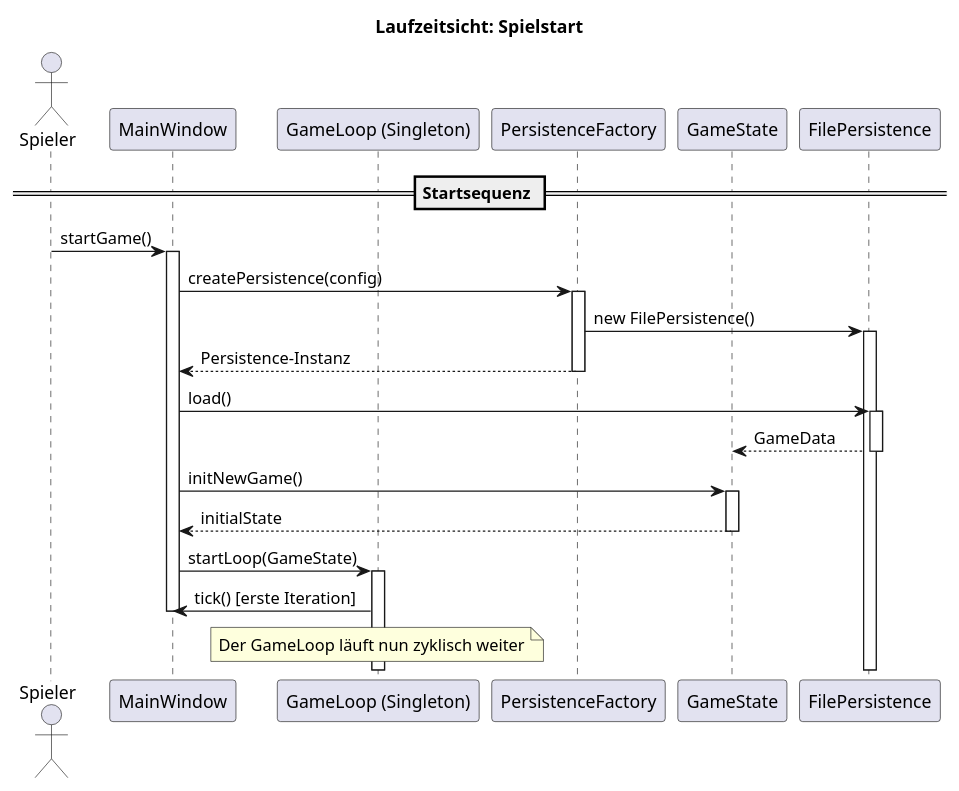
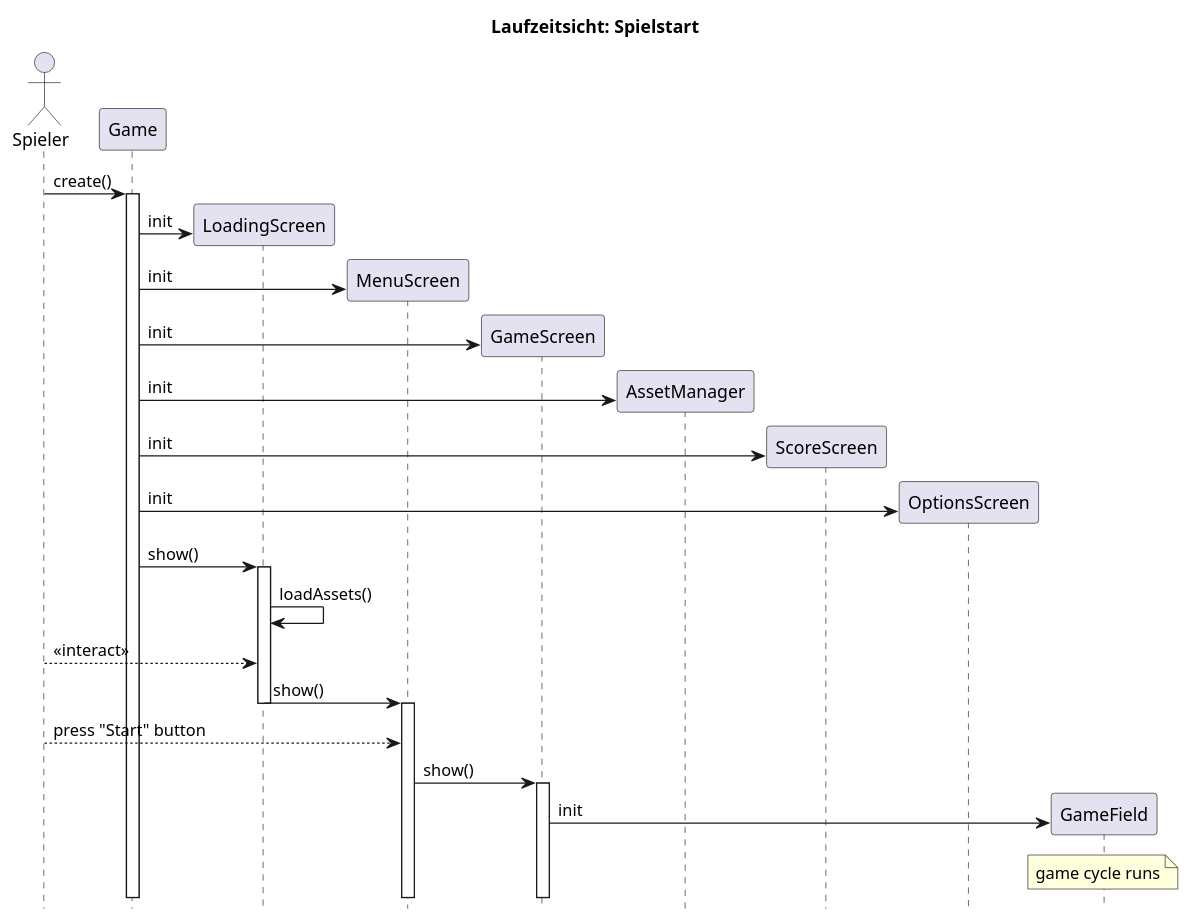
The diagram in docs/uml/Sequenzdiagramm.puml (Noah-Martinez/Tetrix), drawn with PlantUML before and after one commit. The commit also changed other lines of this file and 18 other files, not shown here.

```diff
--- a/docs/uml/Sequenzdiagramm.puml
+++ b/docs/uml/Sequenzdiagramm.puml
@@ -1,37 +1,37 @@
 @startuml
+hide footbox
 title Laufzeitsicht: Spielstart
 
 actor Spieler as Player
-participant "MainWindow" as MW
-participant "GameLoop (Singleton)" as GL
-participant "PersistenceFactory" as PF
-participant "GameState" as GS
-participant "FilePersistence" as FP
+participant Game as G
+participant "LoadingScreen" as LS
+participant "MenuScreen" as MS
+participant "GameScreen" as GS
+participant "AssetManager" as AM
+participant "ScoreScreen" as SS
+participant "OptionsScreen" as OS
+participant "GameField" as GF
 
-== Startsequenz ==
-Player -> MW : startGame()
-activate MW
-MW -> PF : createPersistence(config)
-activate PF
-PF -> FP : new FilePersistence()
-activate FP
-PF --> MW : Persistence-Instanz
-deactivate PF
-
-MW -> FP : load()
-activate FP
-FP --> GS : GameData
-deactivate FP
-
-MW -> GS : initNewGame()
+Player -> G : create()
+activate G
+G -> LS ** : init
+G -> MS ** : init
+G -> GS ** : init
+G -> AM ** : init
+G -> SS  ** : init
+G -> OS  ** : init
+G -> LS : show()
+activate LS
+LS -> LS : loadAssets()
+Player --> LS : <<interact>>
+LS -> MS : show()
+deactivate LS
+activate MS
+Player --> MS : press "Start" button
+MS -> GS : show()
 activate GS
-GS --> MW : initialState
-deactivate GS
-
-MW -> GL : startLoop(GameState)
-activate GL
-GL -> MW : tick() [erste Iteration]
-deactivate MW
-
-note over GL: Der GameLoop läuft nun zyklisch weiter
+GS -> GF ** : init
+note over GF
+game cycle runs
+endnote
 @enduml
```
